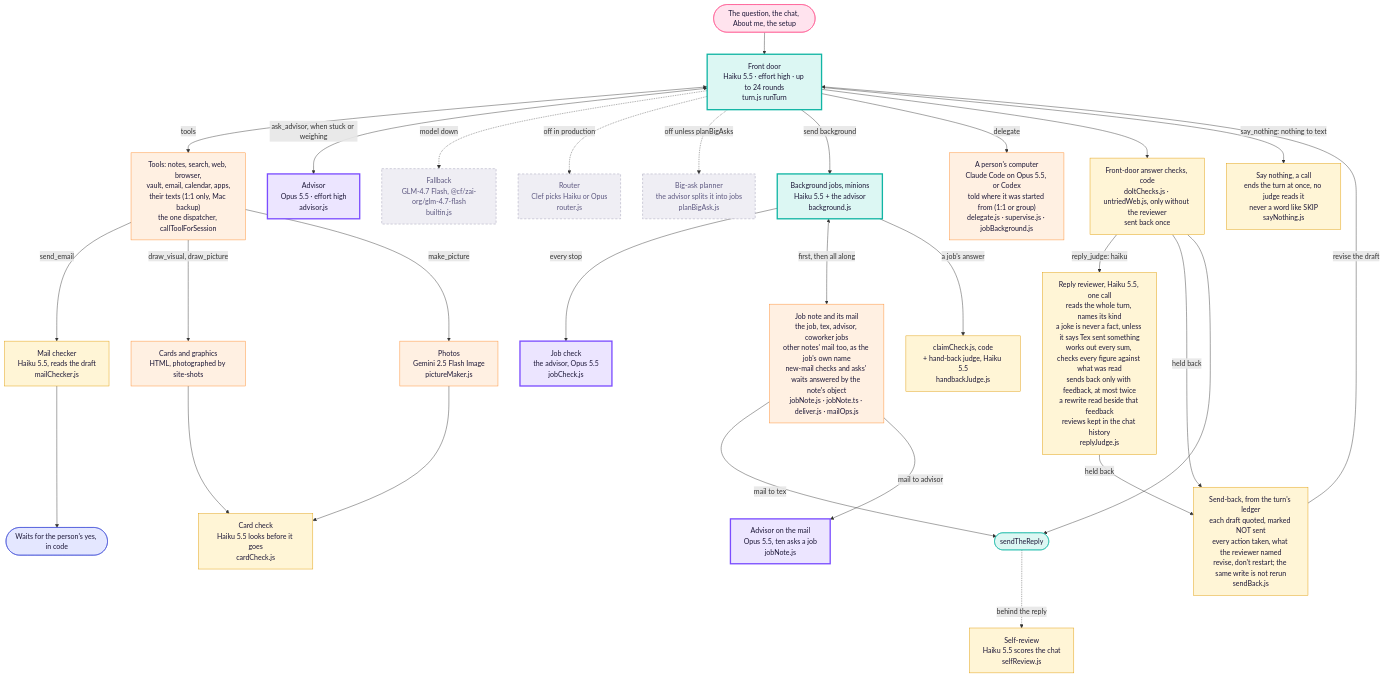
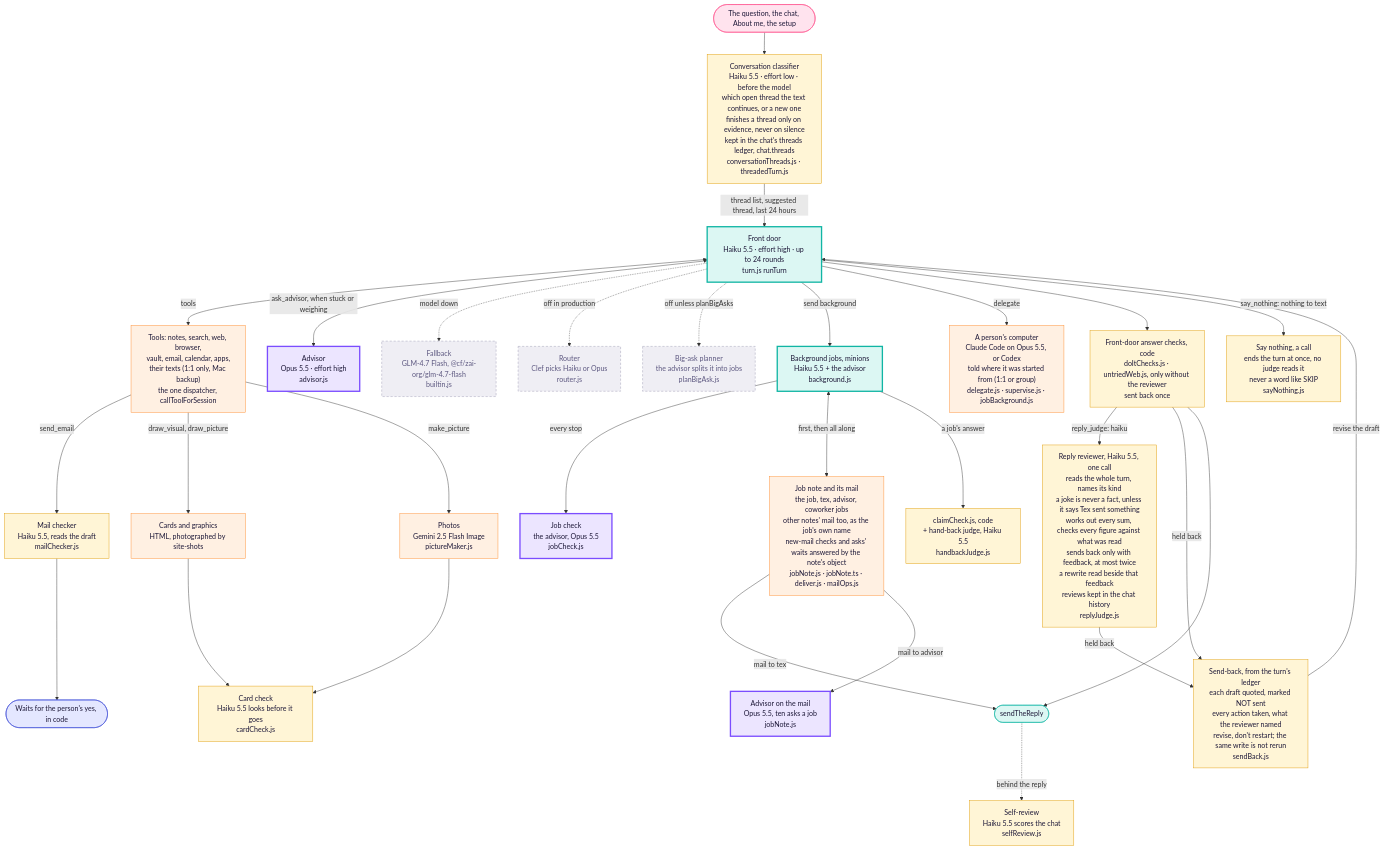
One commit to Supa-Media/context changed the third of 3 diagrams in docs/architecture/tex.md. Above: the diagram before and after it, drawn with Mermaid. The commit also changed other lines of this file and 17 other files, not shown here.

First line of the commit message:
Tex: sort each text into a conversation before the model

````diff
--- a/docs/architecture/tex.md
+++ b/docs/architecture/tex.md
@@ -112,43 +112,45 @@
 ```mermaid
 flowchart TB
-  Q([The question, the chat, About me, the setup]):::you --> FD
+  Q([The question, the chat, About me, the setup]):::you --> CL
+  CL["Conversation classifier<br/>Haiku 5.5 · effort low · before the model<br/>which open thread the text continues, or a new one<br/>finishes a thread only on evidence, never on silence<br/>kept in the chat's threads ledger, chat.threads<br/>conversationThreads.js · threadedTurn.js"]:::judge
+  CL -->|thread list, suggested thread, last 24 hours| FD
   FD["Front door<br/>Haiku 5.5 · effort high · up to 24 rounds<br/>turn.js runTurn"]:::haiku
   FD <-->|tools| T["Tools: notes, search, web, browser,<br/>vault, email, calendar, apps,<br/>their texts (1:1 only, Mac backup)<br/>the one dispatcher, callToolForSession"]:::tool
   FD <-->|ask_advisor, when stuck or weighing| ADV["Advisor<br/>Opus 5.5 · effort high<br/>advisor.js"]:::opus
   FD -. model down .-> FB["Fallback<br/>GLM-4.7 Flash, @cf/zai-org/glm-4.7-flash<br/>builtin.js"]:::off
   FD -. off in production .-> RT["Router<br/>Clef picks Haiku or Opus<br/>router.js"]:::off
   FD -. off unless planBigAsks .-> PL["Big-ask planner<br/>the advisor splits it into jobs<br/>planBigAsk.js"]:::off
 
   FD -->|send background| JOB["Background jobs, minions<br/>Haiku 5.5 + the advisor<br/>background.js"]:::haiku
   JOB -->|every stop| JC["Job check<br/>the advisor, Opus 5.5<br/>jobCheck.js"]:::opus
   JOB <-->|first, then all along| JN["Job note and its mail<br/>the job, tex, advisor, coworker jobs<br/>other notes' mail too, as the job's own name<br/>new-mail checks and asks' waits answered by the note's object<br/>jobNote.js · jobNote.ts · deliver.js · mailOps.js"]:::tool
   JN -->|mail to tex| SEND
   JN -->|mail to advisor| JNA["Advisor on the mail<br/>Opus 5.5, ten asks a job<br/>jobNote.js"]:::opus
   JOB -->|a job's answer| JCK["claimCheck.js, code<br/>+ hand-back judge, Haiku 5.5<br/>handbackJudge.js"]:::judge
   FD -->|delegate| DL["A person's computer<br/>Claude Code on Opus 5.5, or Codex<br/>told where it was started from (1:1 or group)<br/>delegate.js · supervise.js · jobBackground.js"]:::tool
 
   T -->|send_email| MC["Mail checker<br/>Haiku 5.5, reads the draft<br/>mailChecker.js"]:::judge
   MC --> YES([Waits for the person's yes, in code]):::rail
   T -->|draw_visual, draw_picture| PIC["Cards and graphics<br/>HTML, photographed by site-shots"]:::tool
   T -->|make_picture| IMG["Photos<br/>Gemini 2.5 Flash Image<br/>pictureMaker.js"]:::tool
   PIC --> CC["Card check<br/>Haiku 5.5 looks before it goes<br/>cardCheck.js"]:::judge
   IMG --> CC
 
   FD --> CHK["Front-door answer checks, code<br/>doItChecks.js · untriedWeb.js, only without the reviewer<br/>sent back once"]:::judge
   FD -->|say_nothing: nothing to text| QT["Say nothing, a call<br/>ends the turn at once, no judge reads it<br/>never a word like SKIP<br/>sayNothing.js"]:::judge
   CHK -->|reply_judge: haiku| RJ["Reply reviewer, Haiku 5.5, one call<br/>reads the whole turn, names its kind<br/>a joke is never a fact, unless it says Tex sent something<br/>works out every sum, checks every figure against what was read<br/>sends back only with feedback, at most twice<br/>a rewrite read beside that feedback<br/>reviews kept in the chat history<br/>replyJudge.js"]:::judge
   CHK -->|held back| SB["Send-back, from the turn's ledger<br/>each draft quoted, marked NOT sent<br/>every action taken, what the reviewer named<br/>revise, don't restart; the same write is not rerun<br/>sendBack.js"]:::judge
   RJ -->|held back| SB
   SB -->|revise the draft| FD
   CHK --> SEND([sendTheReply]):::door
   SEND -. behind the reply .-> SR["Self-review<br/>Haiku 5.5 scores the chat<br/>selfReview.js"]:::judge
 
   classDef you fill:#ffe3ee,stroke:#ff4f8b,color:#1d1838
   classDef haiku fill:#dcf7f3,stroke:#11b5a4,stroke-width:3px,color:#1d1838
   classDef opus fill:#ece5ff,stroke:#7b4dff,stroke-width:3px,color:#1d1838
   classDef judge fill:#fff5d6,stroke:#e09a00,color:#1d1838
   classDef tool fill:#fff0e2,stroke:#ff8a2a,color:#1d1838
   classDef rail fill:#e4e7ff,stroke:#3c4bd6,color:#1d1838
   classDef door fill:#dcf7f3,stroke:#11b5a4,color:#1d1838
   classDef off fill:#efeef4,stroke:#9a97b0,stroke-dasharray:5 4,color:#5d5880
 ```
````
